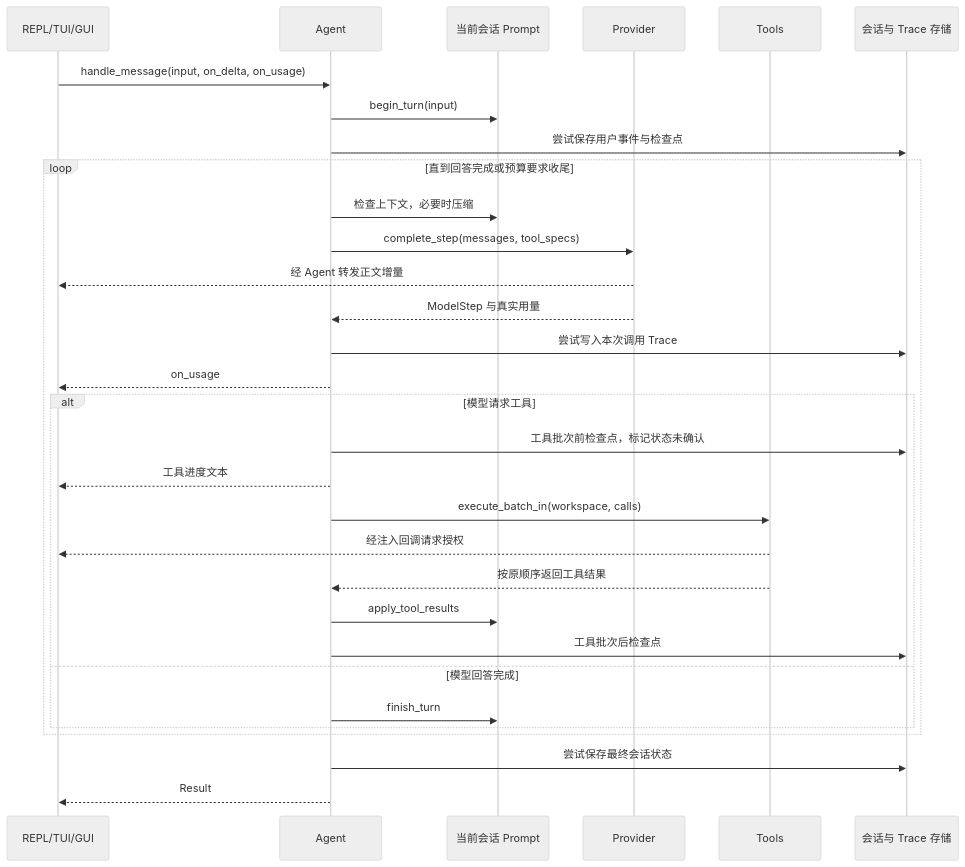
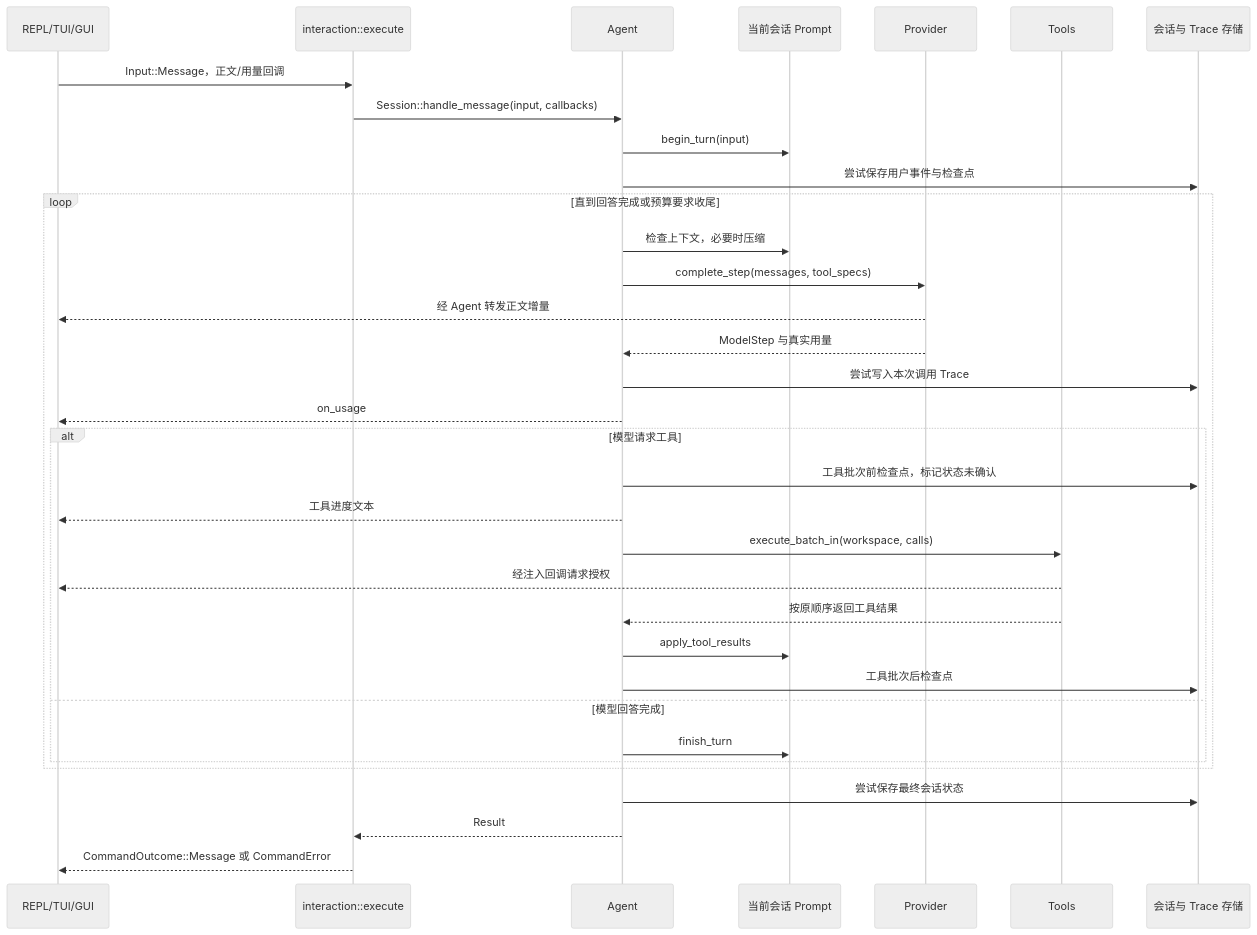
Before and after one commit to Godyu97/geer-agent: the second of 3 diagrams in docs/design/architecture.md, drawn with Mermaid (neutral theme). The commit also changed other lines of this file and 30 other files, not shown here.

````diff
--- a/docs/design/architecture.md
+++ b/docs/design/architecture.md
@@ -110,33 +112,36 @@
 ```mermaid
 sequenceDiagram
     participant UI as REPL/TUI/GUI
+    participant Execute as interaction::execute
     participant Agent as Agent
     participant Prompt as 当前会话 Prompt
     participant Provider as Provider
     participant Tools as Tools
     participant Store as 会话与 Trace 存储
-    UI->>Agent: handle_message(input, on_delta, on_usage)
+    UI->>Execute: Input::Message，正文/用量回调
+    Execute->>Agent: Session::handle_message(input, callbacks)
     Agent->>Prompt: begin_turn(input)
     Agent->>Store: 尝试保存用户事件与检查点
     loop 直到回答完成或预算要求收尾
         Agent->>Prompt: 检查上下文，必要时压缩
         Agent->>Provider: complete_step(messages, tool_specs)
         Provider-->>UI: 经 Agent 转发正文增量
         Provider-->>Agent: ModelStep 与真实用量
         Agent->>Store: 尝试写入本次调用 Trace
         Agent-->>UI: on_usage
         alt 模型请求工具
             Agent->>Store: 工具批次前检查点，标记状态未确认
             Agent-->>UI: 工具进度文本
             Agent->>Tools: execute_batch_in(workspace, calls)
             Tools-->>UI: 经注入回调请求授权
             Tools-->>Agent: 按原顺序返回工具结果
             Agent->>Prompt: apply_tool_results
             Agent->>Store: 工具批次后检查点
         else 模型回答完成
             Agent->>Prompt: finish_turn
         end
     end
     Agent->>Store: 尝试保存最终会话状态
-    Agent-->>UI: Result
+    Agent-->>Execute: Result
+    Execute-->>UI: CommandOutcome::Message 或 CommandError
 ```
````
